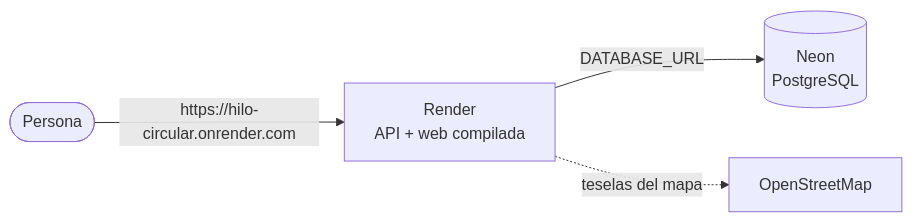
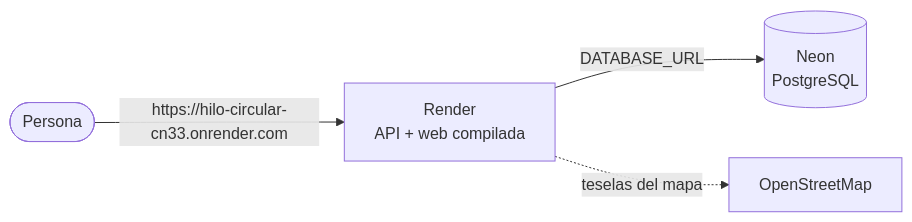
The diagram in docs/10-despliegue.md (Joshua-Cortes/hilo-circular), drawn with Mermaid before and after one commit. The commit also changed other lines of this file and 1 other file, not shown here.

Commit message:
docs: URL de la app en línea
- README con el enlace a https://hilo-circular-cn33.onrender.com y la cuenta demo.
- docs/10-despliegue.md usaba como ejemplo hilo-circular.onrender.com, que es de
  otra persona; ahora indica la URL real del proyecto.

````diff
--- a/docs/10-despliegue.md
+++ b/docs/10-despliegue.md
@@ -12,6 +12,6 @@
 ```mermaid
 flowchart LR
-  U(["Persona"]) -- "https://hilo-circular.onrender.com" --> R["Render<br/>API + web compilada"]
+  U(["Persona"]) -- "https://hilo-circular-cn33.onrender.com" --> R["Render<br/>API + web compilada"]
   R -- "DATABASE_URL" --> N[("Neon<br/>PostgreSQL")]
   R -. "teselas del mapa" .-> O["OpenStreetMap"]
 ```
````
